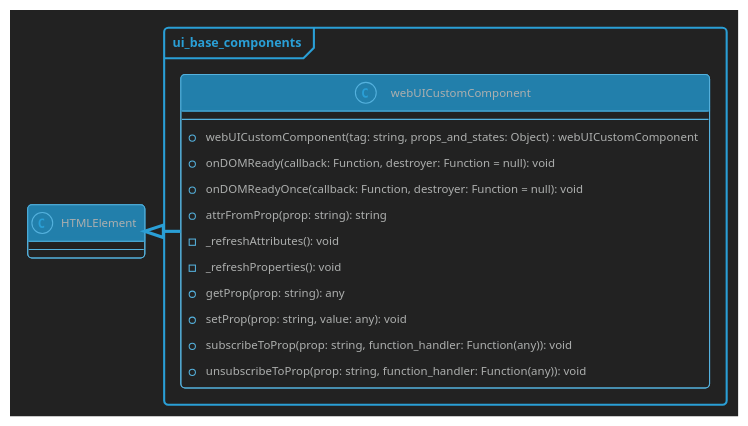
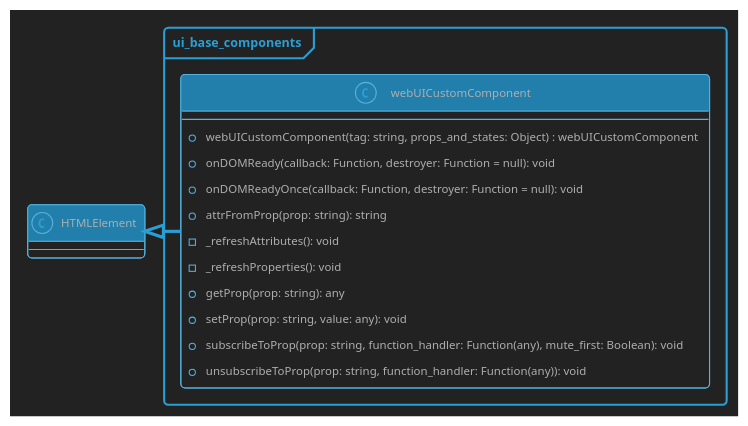
The diagram in docs/ui/web_ui_custom_component.plantuml (Picorims/wav2bar), drawn with PlantUML before and after one commit. The commit also changed 10 other files, not shown here.

```diff
--- a/docs/ui/web_ui_custom_component.plantuml
+++ b/docs/ui/web_ui_custom_component.plantuml
@@ -1,43 +1,43 @@
 @startuml ui_base_components
 
 'Wav2Bar - Free software for creating audio visualization (motion design) videos
 'Copyright (C) 2022  Picorims <picorims.contact@gmail.com>
 
 'This program is free software: you can redistribute it and/or modify
 'it under the terms of the GNU General Public License as published by
 'the Free Software Foundation, either version 3 of the License, or
 'any later version.
 
 'This program is distributed in the hope that it will be useful,
 'but WITHOUT ANY WARRANTY; without even the implied warranty of
 'MERCHANTABILITY or FITNESS FOR A PARTICULAR PURPOSE.  See the
 'GNU General Public License for more details.
 
 'You should have received a copy of the GNU General Public License
 'along with this program.  If not, see <https://www.gnu.org/licenses/>.
 
 !theme cyborg-outline
 skinparam BackgroundColor #222222
 ' skinparam groupInheritance 2
 skinparam PackageStyle frame
 
 class HTMLElement {}
 
 package "ui_base_components" {
     class webUICustomComponent {
         --
         + webUICustomComponent(tag: string, props_and_states: Object) : webUICustomComponent
         + onDOMReady(callback: Function, destroyer: Function = null): void
         + onDOMReadyOnce(callback: Function, destroyer: Function = null): void
         + attrFromProp(prop: string): string
         - _refreshAttributes(): void
         - _refreshProperties(): void
         + getProp(prop: string): any
         + setProp(prop: string, value: any): void
-        + subscribeToProp(prop: string, function_handler: Function(any)): void
+        + subscribeToProp(prop: string, function_handler: Function(any), mute_first: Boolean): void
         + unsubscribeToProp(prop: string, function_handler: Function(any)): void
     }
     HTMLElement <|-right- webUICustomComponent
 }
 
 @enduml
```
